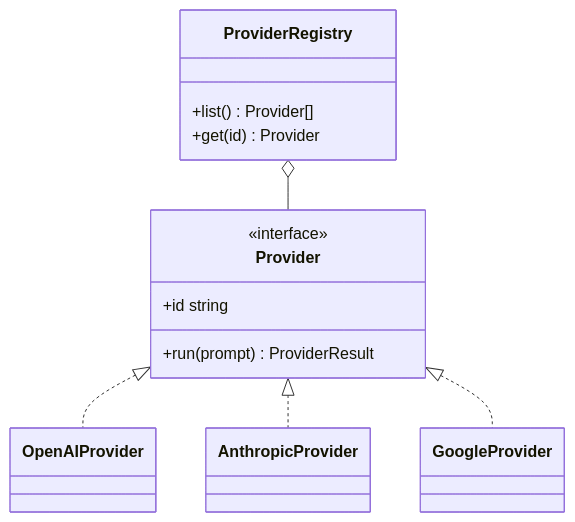
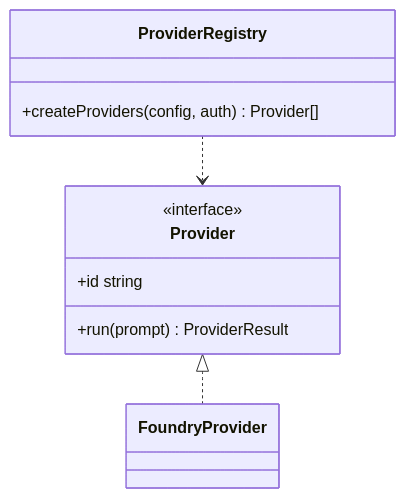
The third of 7 diagrams in docs/plan/architecture.md (raz1981/hackathon-ai-tour-3), drawn with Mermaid before and after one commit. The commit also changed other lines of this file and 44 other files, not shown here.

````diff
--- a/docs/plan/architecture.md
+++ b/docs/plan/architecture.md
@@ -42,19 +39,14 @@
 ```mermaid
 classDiagram
   class Provider {
     <<interface>>
     +id string
     +run(prompt) ProviderResult
   }
-  class OpenAIProvider
-  class AnthropicProvider
-  class GoogleProvider
+  class FoundryProvider
   class ProviderRegistry {
-    +list() Provider[]
-    +get(id) Provider
+    +createProviders(config, auth) Provider[]
   }
-  Provider <|.. OpenAIProvider
-  Provider <|.. AnthropicProvider
-  Provider <|.. GoogleProvider
-  ProviderRegistry o-- Provider
+  Provider <|.. FoundryProvider
+  ProviderRegistry ..> Provider
 ```
````
